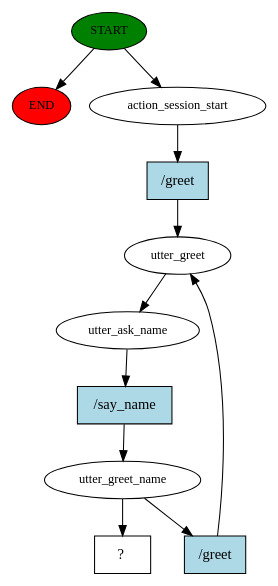
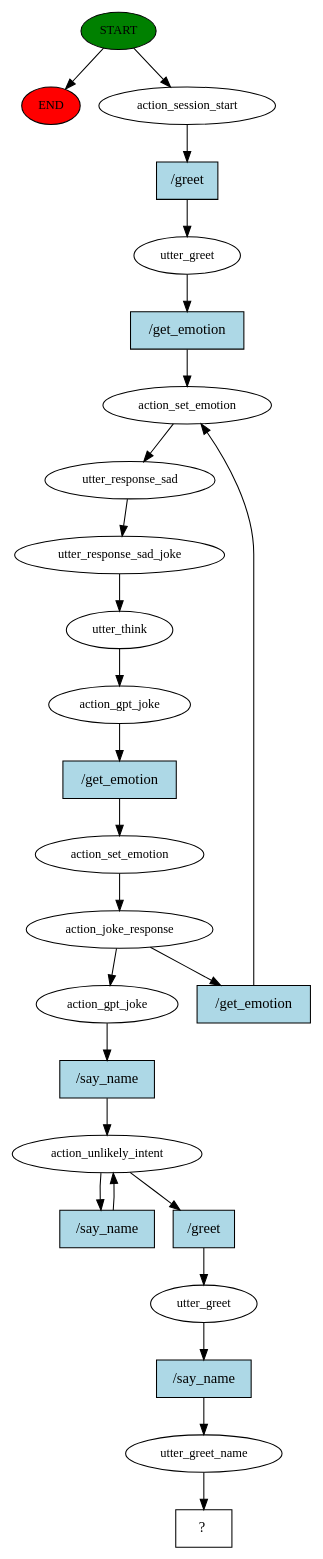
Before and after one commit to changchuntzu0618/RASA: the diagram in story_graph.dot, drawn with Graphviz. The commit also changed 5 other files, not shown here.

```diff
--- a/story_graph.dot
+++ b/story_graph.dot
@@ -1,22 +1,51 @@
 digraph  {
 0 [class="start active", fillcolor=green, fontsize=12, label=START, style=filled];
 "-1" [class=end, fillcolor=red, fontsize=12, label=END, style=filled];
 1 [class=active, fontsize=12, label=action_session_start];
 2 [class=active, fontsize=12, label=utter_greet];
-3 [class=active, fontsize=12, label=utter_ask_name];
-4 [class=active, fontsize=12, label=utter_greet_name];
-8 [class="intent dashed active", label="  ?  ", shape=rect];
-9 [class="intent active", fillcolor=lightblue, label="/greet", shape=rect, style=filled];
-10 [class="intent active", fillcolor=lightblue, label="/say_name", shape=rect, style=filled];
-11 [class="intent active", fillcolor=lightblue, label="/greet", shape=rect, style=filled];
+3 [class=active, fontsize=12, label=action_set_emotion];
+4 [class=active, fontsize=12, label=utter_response_sad];
+5 [class=active, fontsize=12, label=utter_response_sad_joke];
+6 [class=active, fontsize=12, label=utter_think];
+7 [class=active, fontsize=12, label=action_gpt_joke];
+8 [class=active, fontsize=12, label=action_set_emotion];
+9 [class=active, fontsize=12, label=action_joke_response];
+17 [class=active, fontsize=12, label=action_gpt_joke];
+18 [class=active, fontsize=12, label=action_unlikely_intent];
+21 [class=active, fontsize=12, label=utter_greet];
+22 [class=active, fontsize=12, label=utter_greet_name];
+23 [class="intent dashed active", label="  ?  ", shape=rect];
+24 [class="intent active", fillcolor=lightblue, label="/greet", shape=rect, style=filled];
+25 [class="intent active", fillcolor=lightblue, label="/get_emotion", shape=rect, style=filled];
+26 [class="intent active", fillcolor=lightblue, label="/get_emotion", shape=rect, style=filled];
+27 [class="intent active", fillcolor=lightblue, label="/get_emotion", shape=rect, style=filled];
+28 [class="intent active", fillcolor=lightblue, label="/say_name", shape=rect, style=filled];
+29 [class="intent active", fillcolor=lightblue, label="/say_name", shape=rect, style=filled];
+30 [class="intent active", fillcolor=lightblue, label="/greet", shape=rect, style=filled];
+31 [class="intent active", fillcolor=lightblue, label="/say_name", shape=rect, style=filled];
 0 -> "-1"  [class="", key=NONE, label=""];
 0 -> 1  [class=active, key=NONE, label=""];
-1 -> 9  [class=active, key=0];
-2 -> 3  [class=active, key=NONE, label=""];
-3 -> 10  [class=active, key=0];
-4 -> 8  [class=active, key=NONE, label=""];
-4 -> 11  [class=active, key=0];
-9 -> 2  [class=active, key=0];
-10 -> 4  [class=active, key=0];
-11 -> 2  [class=active, key=0];
+1 -> 24  [class=active, key=0];
+2 -> 25  [class=active, key=0];
+3 -> 4  [class=active, key=NONE, label=""];
+4 -> 5  [class=active, key=NONE, label=""];
+5 -> 6  [class=active, key=NONE, label=""];
+6 -> 7  [class=active, key=NONE, label=""];
+7 -> 26  [class=active, key=0];
+8 -> 9  [class=active, key=NONE, label=""];
+9 -> 17  [class=active, key=NONE, label=""];
+9 -> 27  [class=active, key=0];
+17 -> 28  [class=active, key=0];
+18 -> 29  [class=active, key=0];
+18 -> 30  [class=active, key=0];
+21 -> 31  [class=active, key=0];
+22 -> 23  [class=active, key=NONE, label=""];
+24 -> 2  [class=active, key=0];
+25 -> 3  [class=active, key=0];
+26 -> 8  [class=active, key=0];
+27 -> 3  [class=active, key=0];
+28 -> 18  [class=active, key=0];
+29 -> 18  [class=active, key=0];
+30 -> 21  [class=active, key=0];
+31 -> 22  [class=active, key=0];
 }
```
